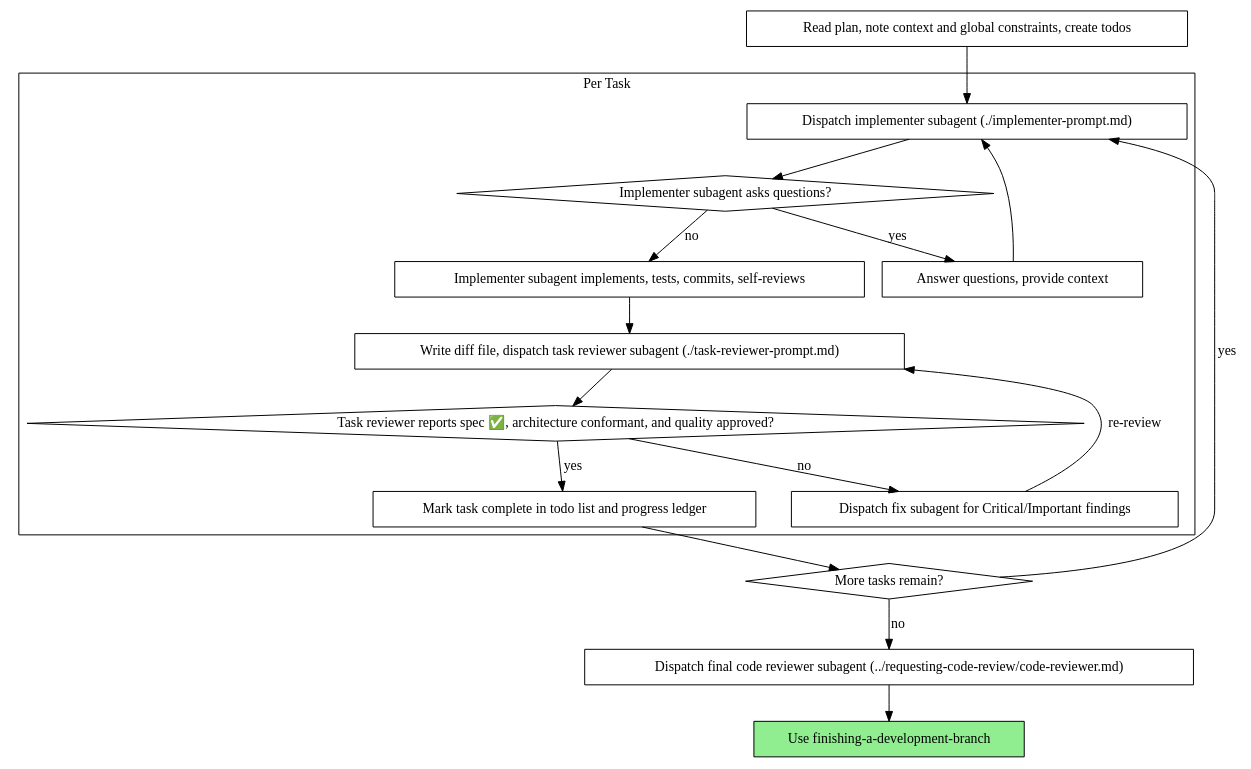
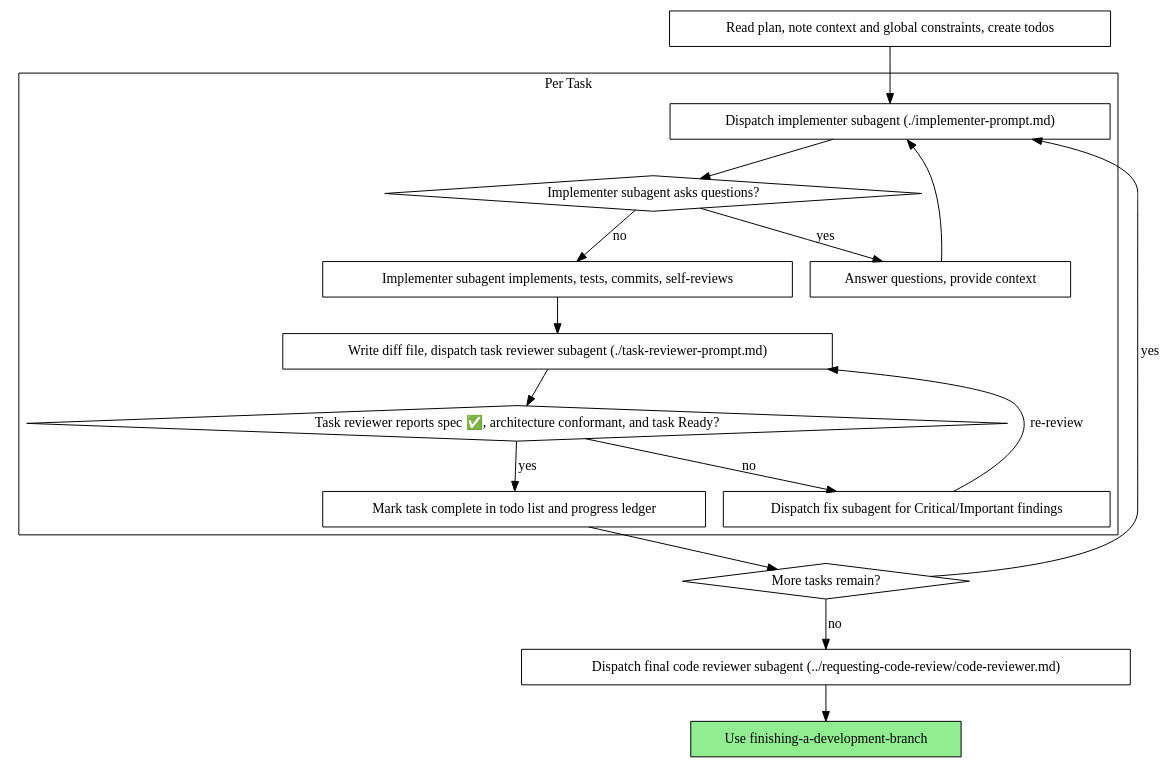
Before and after one commit to NenadBanjeglav/superpowers-architecture: the second of 2 diagrams in skills/subagent-driven-development/SKILL.md, drawn with Graphviz. The commit also changed other lines of this file and 37 other files, not shown here.

````diff
--- a/skills/subagent-driven-development/SKILL.md
+++ b/skills/subagent-driven-development/SKILL.md
@@ -135,37 +142,37 @@
 ```dot
 digraph process {
     rankdir=TB;
 
     subgraph cluster_per_task {
         label="Per Task";
         "Dispatch implementer subagent (./implementer-prompt.md)" [shape=box];
         "Implementer subagent asks questions?" [shape=diamond];
         "Answer questions, provide context" [shape=box];
         "Implementer subagent implements, tests, commits, self-reviews" [shape=box];
         "Write diff file, dispatch task reviewer subagent (./task-reviewer-prompt.md)" [shape=box];
-        "Task reviewer reports spec ✅, architecture conformant, and quality approved?" [shape=diamond];
+        "Task reviewer reports spec ✅, architecture conformant, and task Ready?" [shape=diamond];
         "Dispatch fix subagent for Critical/Important findings" [shape=box];
         "Mark task complete in todo list and progress ledger" [shape=box];
     }
 
     "Read plan, note context and global constraints, create todos" [shape=box];
     "More tasks remain?" [shape=diamond];
     "Dispatch final code reviewer subagent (../requesting-code-review/code-reviewer.md)" [shape=box];
     "Use finishing-a-development-branch" [shape=box style=filled fillcolor=lightgreen];
 
     "Read plan, note context and global constraints, create todos" -> "Dispatch implementer subagent (./implementer-prompt.md)";
     "Dispatch implementer subagent (./implementer-prompt.md)" -> "Implementer subagent asks questions?";
     "Implementer subagent asks questions?" -> "Answer questions, provide context" [label="yes"];
     "Answer questions, provide context" -> "Dispatch implementer subagent (./implementer-prompt.md)";
     "Implementer subagent asks questions?" -> "Implementer subagent implements, tests, commits, self-reviews" [label="no"];
     "Implementer subagent implements, tests, commits, self-reviews" -> "Write diff file, dispatch task reviewer subagent (./task-reviewer-prompt.md)";
-    "Write diff file, dispatch task reviewer subagent (./task-reviewer-prompt.md)" -> "Task reviewer reports spec ✅, architecture conformant, and quality approved?";
-    "Task reviewer reports spec ✅, architecture conformant, and quality approved?" -> "Dispatch fix subagent for Critical/Important findings" [label="no"];
+    "Write diff file, dispatch task reviewer subagent (./task-reviewer-prompt.md)" -> "Task reviewer reports spec ✅, architecture conformant, and task Ready?";
+    "Task reviewer reports spec ✅, architecture conformant, and task Ready?" -> "Dispatch fix subagent for Critical/Important findings" [label="no"];
     "Dispatch fix subagent for Critical/Important findings" -> "Write diff file, dispatch task reviewer subagent (./task-reviewer-prompt.md)" [label="re-review"];
-    "Task reviewer reports spec ✅, architecture conformant, and quality approved?" -> "Mark task complete in todo list and progress ledger" [label="yes"];
+    "Task reviewer reports spec ✅, architecture conformant, and task Ready?" -> "Mark task complete in todo list and progress ledger" [label="yes"];
     "Mark task complete in todo list and progress ledger" -> "More tasks remain?";
     "More tasks remain?" -> "Dispatch implementer subagent (./implementer-prompt.md)" [label="yes"];
     "More tasks remain?" -> "Dispatch final code reviewer subagent (../requesting-code-review/code-reviewer.md)" [label="no"];
     "Dispatch final code reviewer subagent (../requesting-code-review/code-reviewer.md)" -> "Use finishing-a-development-branch";
 }
 ```
````
